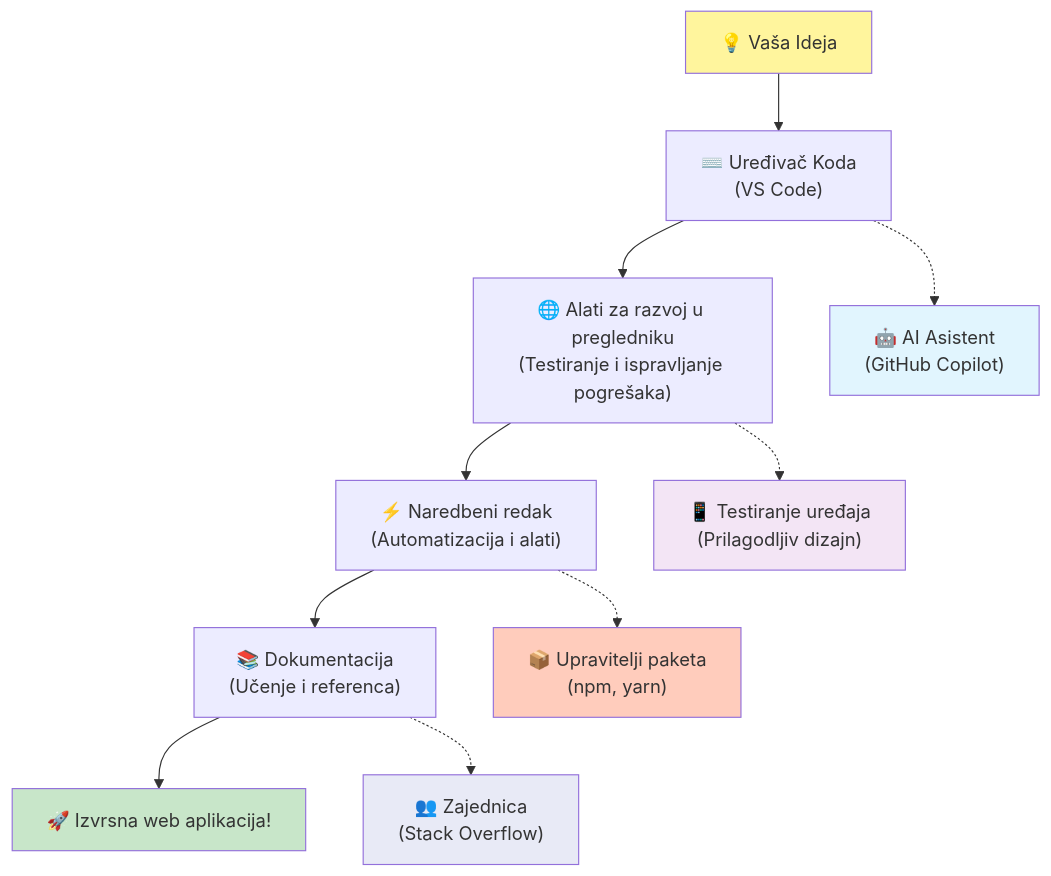
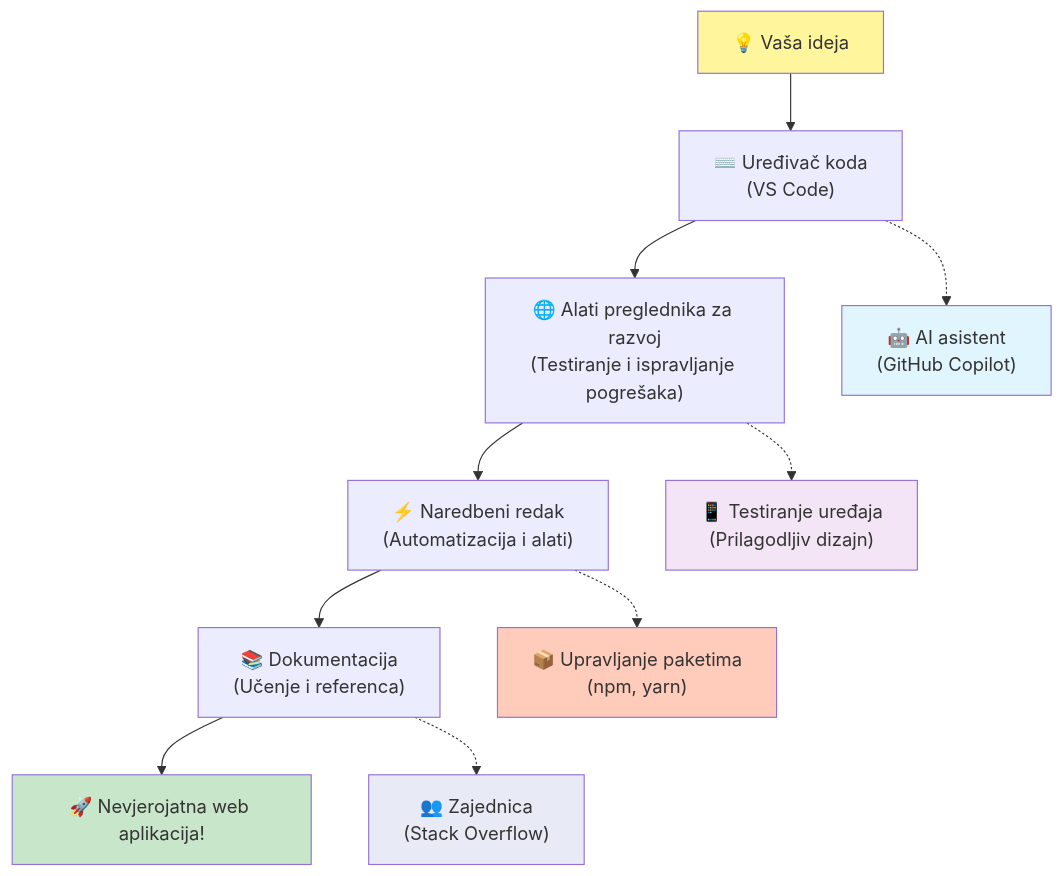
One commit to microsoft/Web-Dev-For-Beginners changed the fifth of 7 diagrams in translations/hr/1-getting-started-lessons/1-intro-to-programming-languages/README.md. Above: the diagram before and after it, drawn with Mermaid. The commit also changed other lines of this file and 11 other files, not shown here.

````diff
--- a/translations/hr/1-getting-started-lessons/1-intro-to-programming-languages/README.md
+++ b/translations/hr/1-getting-started-lessons/1-intro-to-programming-languages/README.md
@@ -488,20 +488,20 @@
 ```mermaid
 graph TD
-    A["💡 Vaša Ideja"] --> B["⌨️ Uređivač Koda<br/>(VS Code)"] 
-    B --> C["🌐 Alati za razvoj u pregledniku<br/>(Testiranje i ispravljanje pogrešaka)"]
+    A["💡 Vaša ideja"] --> B["⌨️ Uređivač koda<br/>(VS Code)"] 
+    B --> C["🌐 Alati preglednika za razvoj<br/>(Testiranje i ispravljanje pogrešaka)"]
     C --> D["⚡ Naredbeni redak<br/>(Automatizacija i alati)"]
     D --> E["📚 Dokumentacija<br/>(Učenje i referenca)"]
-    E --> F["🚀 Izvrsna web aplikacija!"]
+    E --> F["🚀 Nevjerojatna web aplikacija!"]
     
-    B -.-> G["🤖 AI Asistent<br/>(GitHub Copilot)"]
+    B -.-> G["🤖 AI asistent<br/>(GitHub Copilot)"]
     C -.-> H["📱 Testiranje uređaja<br/>(Prilagodljiv dizajn)"]
-    D -.-> I["📦 Upravitelji paketa<br/>(npm, yarn)"]
+    D -.-> I["📦 Upravljanje paketima<br/>(npm, yarn)"]
     E -.-> J["👥 Zajednica<br/>(Stack Overflow)"]
     
     style A fill:#fff59d
     style F fill:#c8e6c9
     style G fill:#e1f5fe
     style H fill:#f3e5f5
     style I fill:#ffccbc
     style J fill:#e8eaf6
 ```
````
